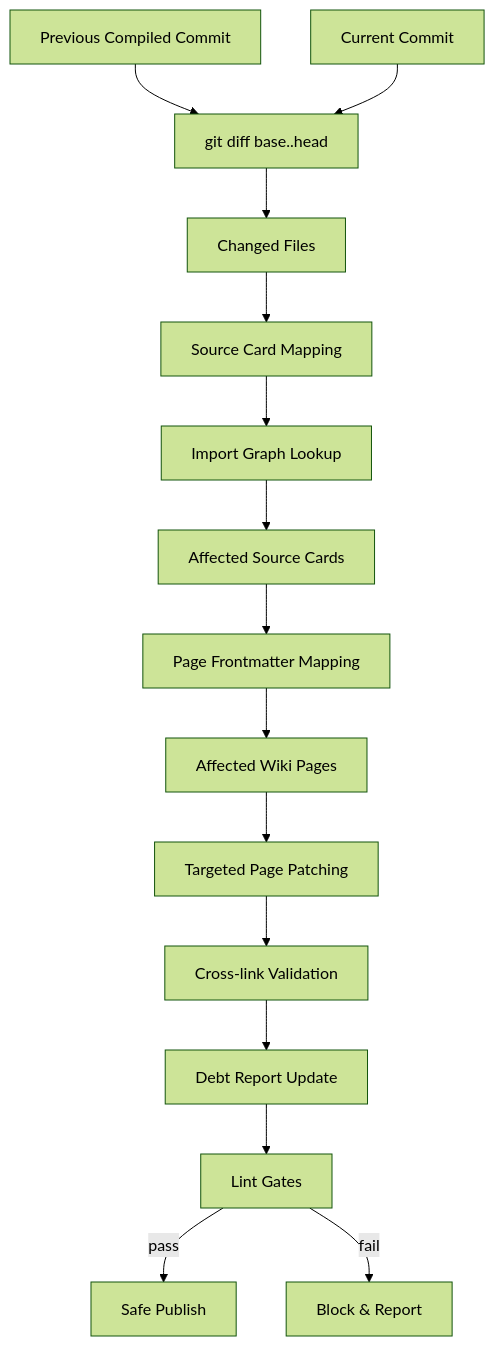
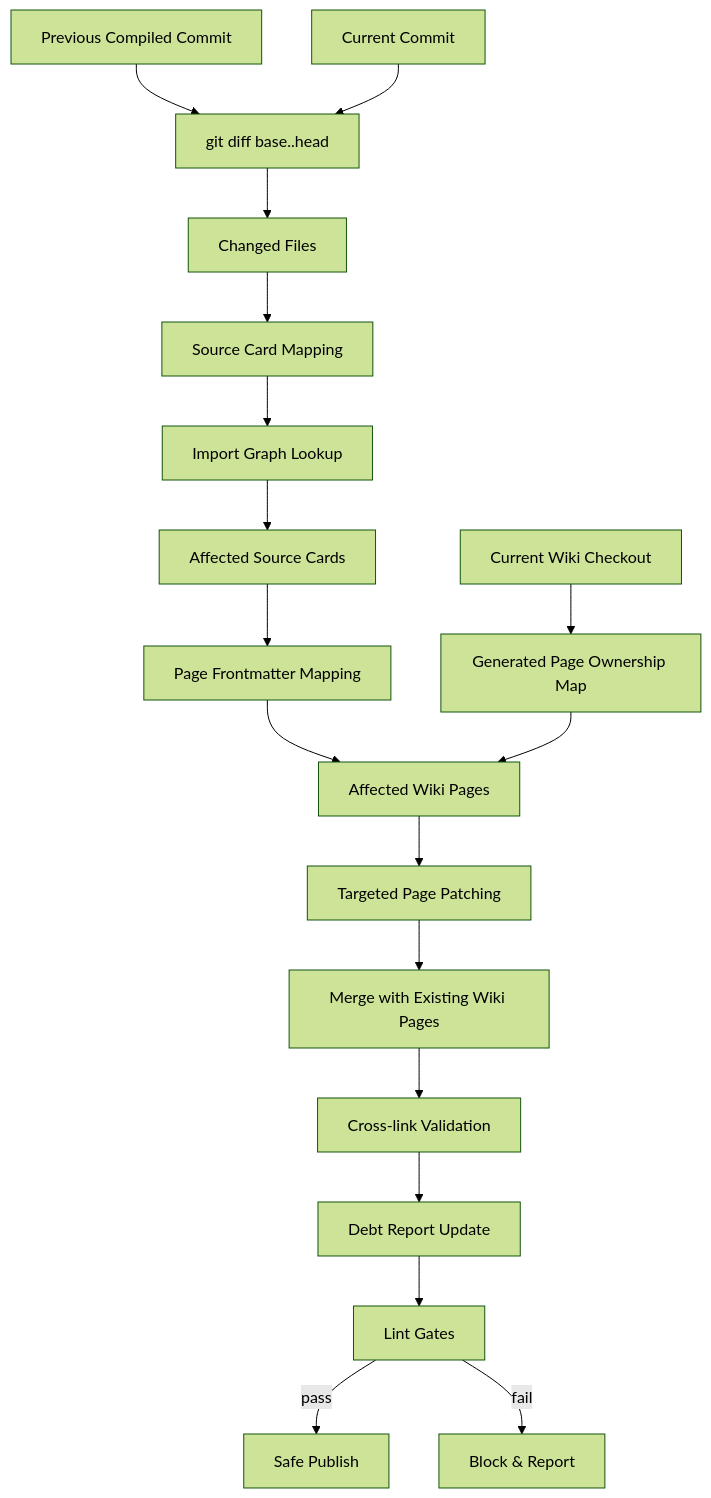
One commit to mfittko/repo-wiki changed the first of 3 diagrams in docs/plans/incremental-mode/PLAN.md. Above: the diagram before and after it, drawn with Mermaid (forest theme). The commit also changed other lines of this file and 35 other files, not shown here.

````diff
--- a/docs/plans/incremental-mode/PLAN.md
+++ b/docs/plans/incremental-mode/PLAN.md
@@ -9,17 +9,20 @@
 ```mermaid
 flowchart TD
   PrevCommit[Previous Compiled Commit] --> Diff[git diff base..head]
   HeadCommit[Current Commit] --> Diff
+  ExistingWiki[Current Wiki Checkout] --> Ownership[Generated Page Ownership Map]
   Diff --> Changed[Changed Files]
   Changed --> CardMap[Source Card Mapping]
   CardMap --> ImportGraph[Import Graph Lookup]
   ImportGraph --> AffectedCards[Affected Source Cards]
   AffectedCards --> PageMap[Page Frontmatter Mapping]
   PageMap --> AffectedPages[Affected Wiki Pages]
+  Ownership --> AffectedPages
   AffectedPages --> Patch[Targeted Page Patching]
-  Patch --> CrossLink[Cross-link Validation]
+  Patch --> Reconcile[Merge with Existing Wiki Pages]
+  Reconcile --> CrossLink[Cross-link Validation]
   CrossLink --> DebtReport[Debt Report Update]
   DebtReport --> Lint[Lint Gates]
   Lint -->|pass| Publish[Safe Publish]
   Lint -->|fail| Block[Block & Report]
 ```
````
